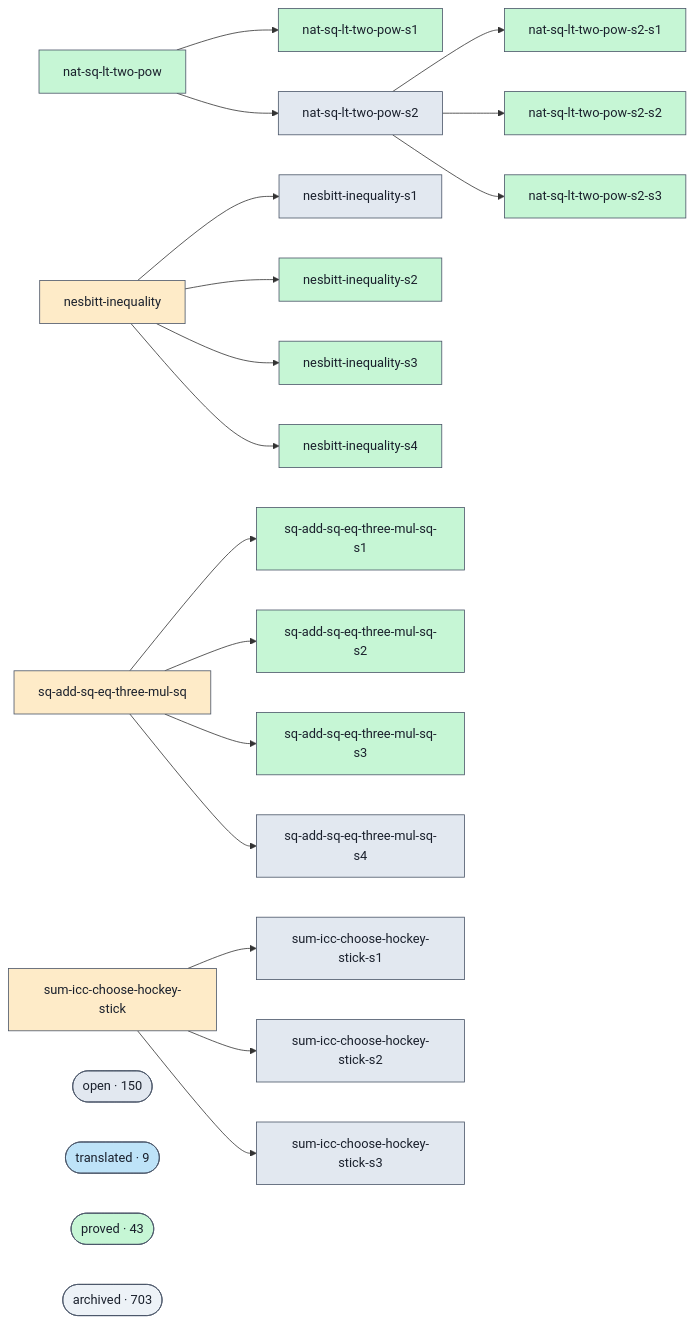
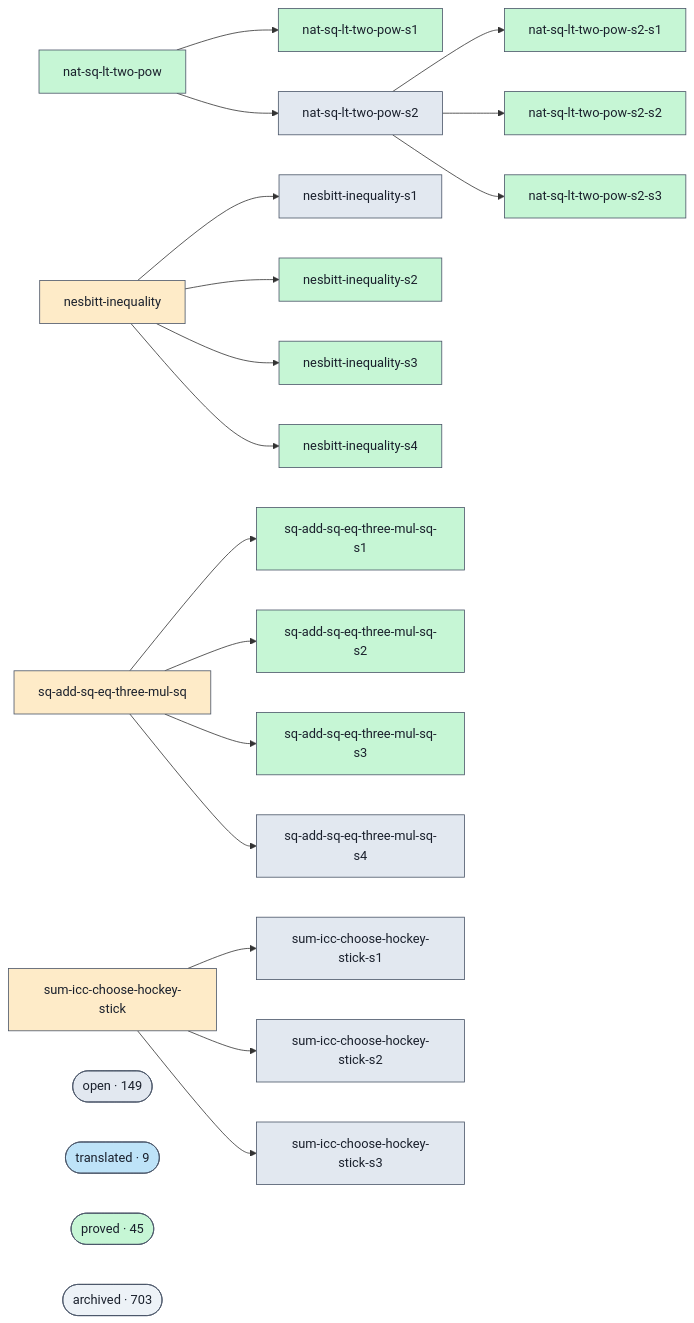
The diagram in docs/proofs-contributors-visualisation.md (Rauxon/unsorry), drawn with Mermaid before and after one commit. The commit also changed other lines of this file and 2 other files, not shown here.

```diff
--- a/docs/proofs-contributors-visualisation.md
+++ b/docs/proofs-contributors-visualisation.md
@@ -98,11 +98,11 @@
   g_sum_icc_choose_hockey_stick --> g_sum_icc_choose_hockey_stick_s1
   g_sum_icc_choose_hockey_stick --> g_sum_icc_choose_hockey_stick_s2
   g_sum_icc_choose_hockey_stick --> g_sum_icc_choose_hockey_stick_s3
-  cluster_open(["open · 150"])
+  cluster_open(["open · 149"])
   class cluster_open open;
   cluster_translated(["translated · 9"])
   class cluster_translated translated;
-  cluster_proved(["proved · 43"])
+  cluster_proved(["proved · 45"])
   class cluster_proved proved;
   cluster_archived(["archived · 703"])
   class cluster_archived unknown;
```
